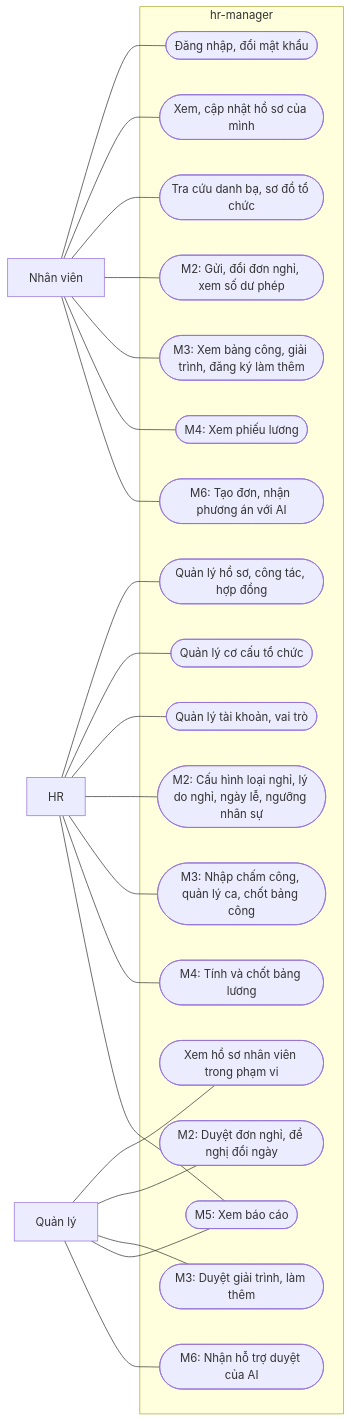
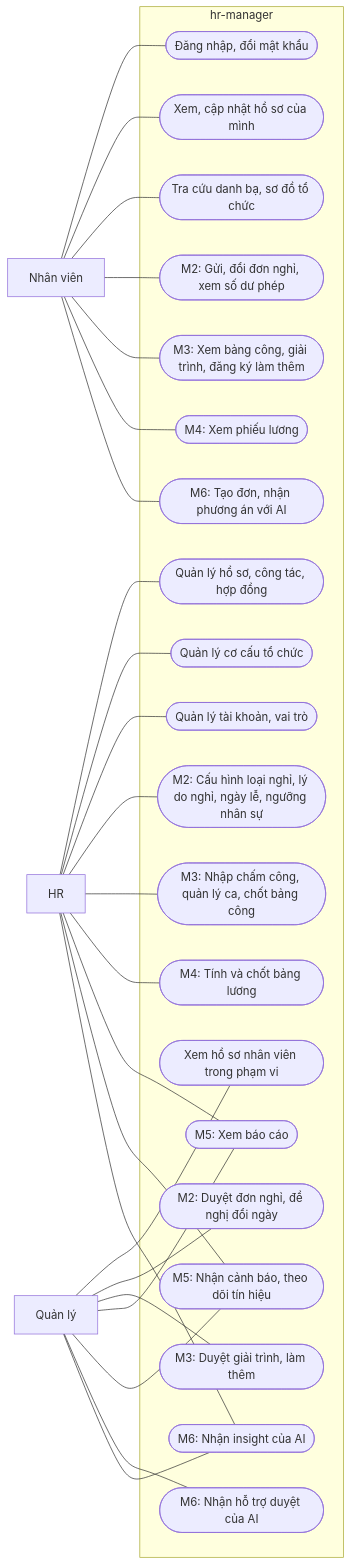
Before and after one commit to pbaodev/hr-manager: the diagram in docs/analysis/requirements.md, drawn with Mermaid. The commit also changed other lines of this file and 7 other files, not shown here.

````diff
--- a/docs/analysis/requirements.md
+++ b/docs/analysis/requirements.md
@@ -97,29 +101,31 @@
 ```mermaid
 flowchart LR
   NV["Nhân viên"]
   QL["Quản lý"]
   HR["HR"]
   subgraph SYS["hr-manager"]
     U1(["Đăng nhập, đổi mật khẩu"])
     U2(["Xem, cập nhật hồ sơ của mình"])
     U3(["Tra cứu danh bạ, sơ đồ tổ chức"])
     U4(["Xem hồ sơ nhân viên trong phạm vi"])
     U5(["Quản lý hồ sơ, công tác, hợp đồng"])
     U6(["Quản lý cơ cấu tổ chức"])
     U7(["Quản lý tài khoản, vai trò"])
     L1(["M2: Gửi, đổi đơn nghỉ, xem số dư phép"])
     L2(["M2: Duyệt đơn nghỉ, đề nghị đổi ngày"])
     L3(["M2: Cấu hình loại nghỉ, lý do nghỉ, ngày lễ, ngưỡng nhân sự"])
     I1(["M6: Tạo đơn, nhận phương án với AI"])
     I2(["M6: Nhận hỗ trợ duyệt của AI"])
     A1(["M3: Xem bảng công, giải trình, đăng ký làm thêm"])
     A2(["M3: Nhập chấm công, quản lý ca, chốt bảng công"])
     A3(["M3: Duyệt giải trình, làm thêm"])
     P1(["M4: Xem phiếu lương"])
     P2(["M4: Tính và chốt bảng lương"])
     R1(["M5: Xem báo cáo"])
+    R2(["M5: Nhận cảnh báo, theo dõi tín hiệu"])
+    I3(["M6: Nhận insight của AI"])
   end
   NV --- U1 & U2 & U3 & L1 & A1 & P1 & I1
-  QL --- U4 & L2 & A3 & R1 & I2
-  HR --- U5 & U6 & U7 & L3 & A2 & P2 & R1
+  QL --- U4 & L2 & A3 & R1 & R2 & I2 & I3
+  HR --- U5 & U6 & U7 & L3 & A2 & P2 & R1 & R2 & I3
 ```
````
